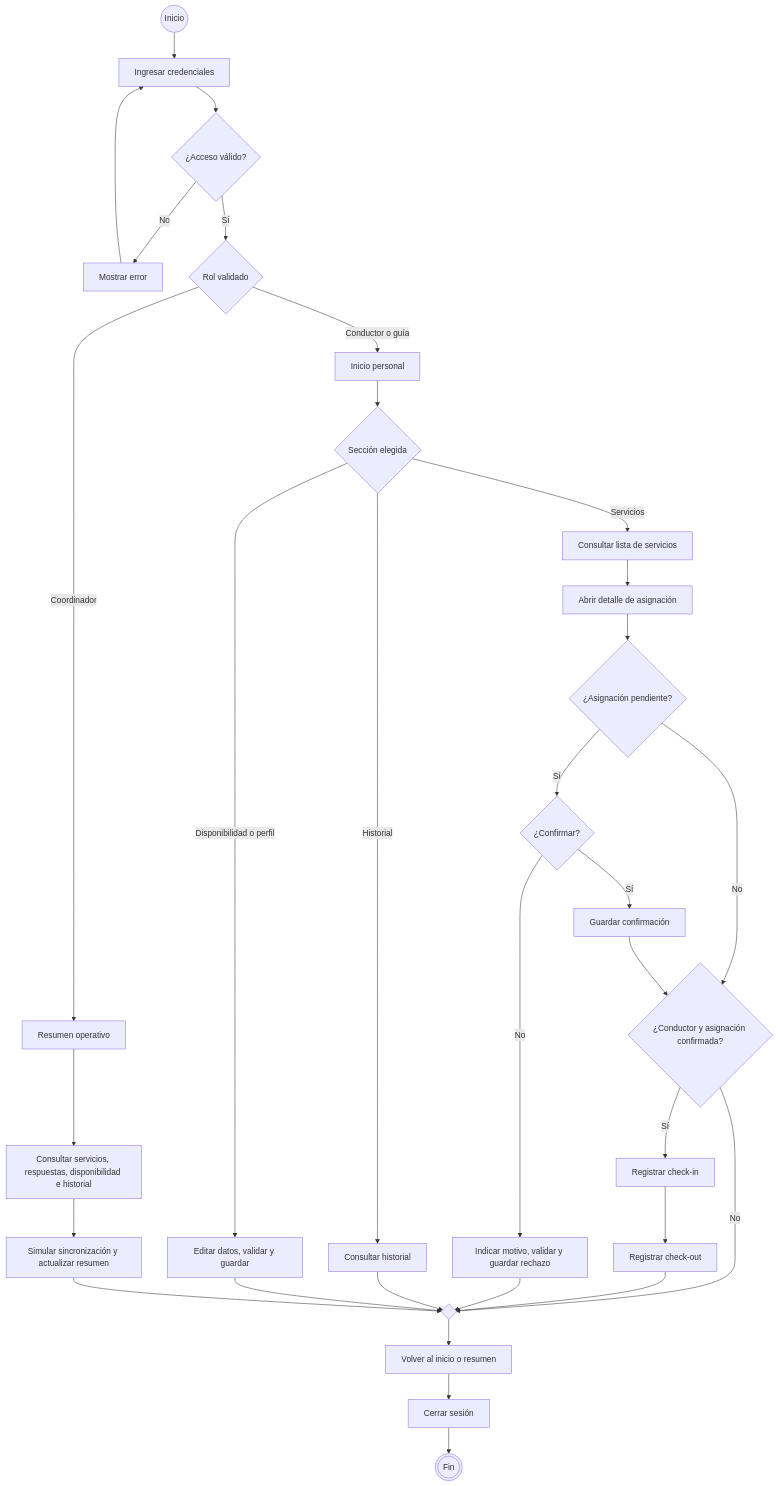
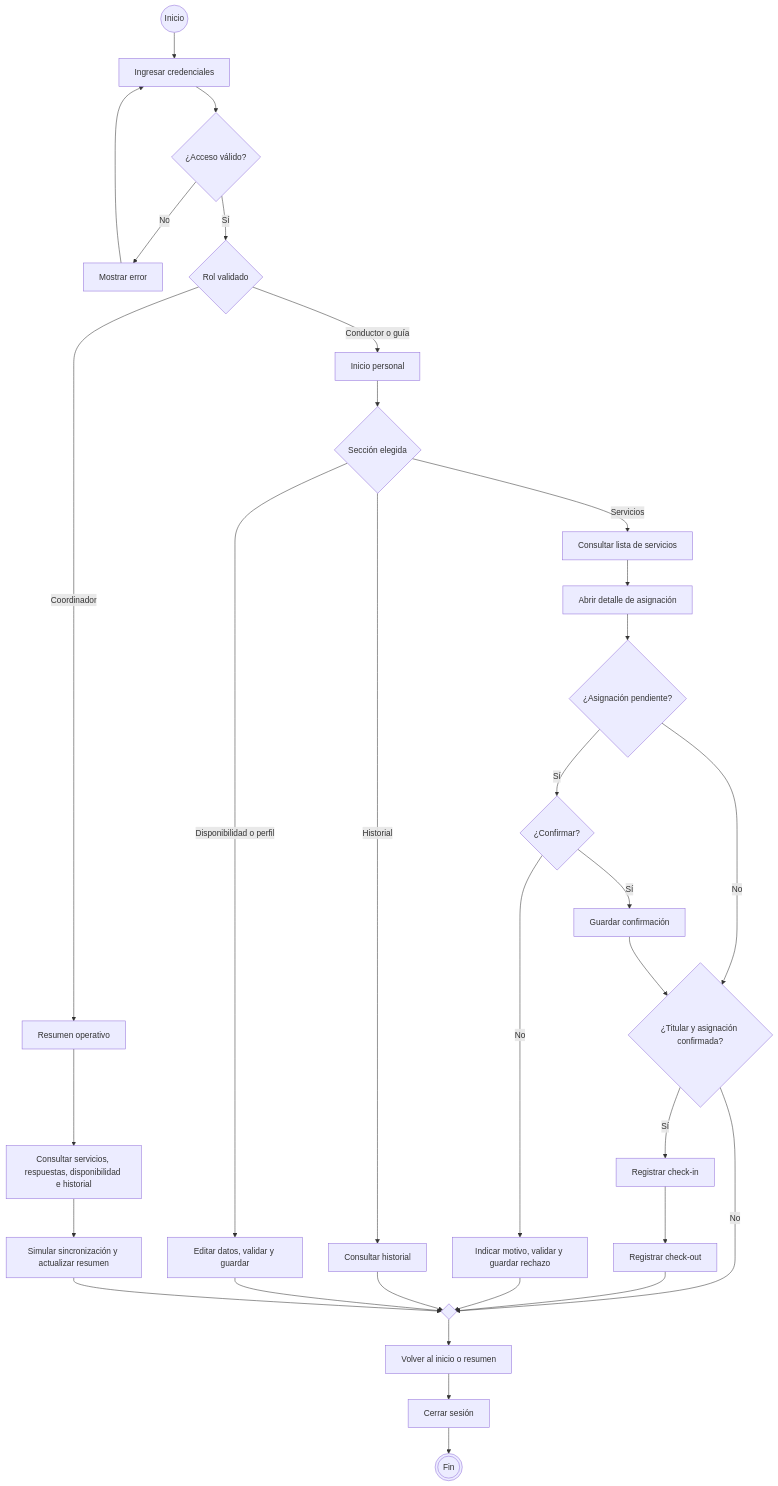
One commit to Lguille99/Proyecto-Lince changed the diagram in README.md. Above: the diagram before and after it, drawn with Mermaid. The commit also changed other lines of this file and 18 other files, not shown here.

````diff
--- a/README.md
+++ b/README.md
@@ -54,34 +84,34 @@
 ```mermaid
 flowchart TD
     A((Inicio)) --> B[Ingresar credenciales]
     B --> C{¿Acceso válido?}
     C -->|No| E[Mostrar error]
     E --> B
     C -->|Sí| R{Rol validado}
     R -->|Coordinador| CO[Resumen operativo]
     CO --> CR[Consultar servicios, respuestas, disponibilidad e historial]
     CR --> CS[Simular sincronización y actualizar resumen]
     R -->|Conductor o guía| H[Inicio personal]
     H --> M{Sección elegida}
     M -->|Disponibilidad o perfil| ED[Editar datos, validar y guardar]
     M -->|Historial| HI[Consultar historial]
     M -->|Servicios| L[Consultar lista de servicios]
     L --> DT[Abrir detalle de asignación]
     DT --> P{¿Asignación pendiente?}
     P -->|Sí| Q{¿Confirmar?}
     Q -->|No| RE[Indicar motivo, validar y guardar rechazo]
     Q -->|Sí| OK[Guardar confirmación]
-    P -->|No| DR{¿Conductor y asignación confirmada?}
+    P -->|No| DR{¿Titular y asignación confirmada?}
     OK --> DR
     DR -->|Sí| IN[Registrar check-in]
     IN --> OUT[Registrar check-out]
     DR -->|No| MERGE{ }
     OUT --> MERGE
     RE --> MERGE
     HI --> MERGE
     ED --> MERGE
     CS --> MERGE
     MERGE --> RETURN[Volver al inicio o resumen]
     RETURN --> EXIT[Cerrar sesión]
     EXIT --> END(((Fin)))
 ```
````
